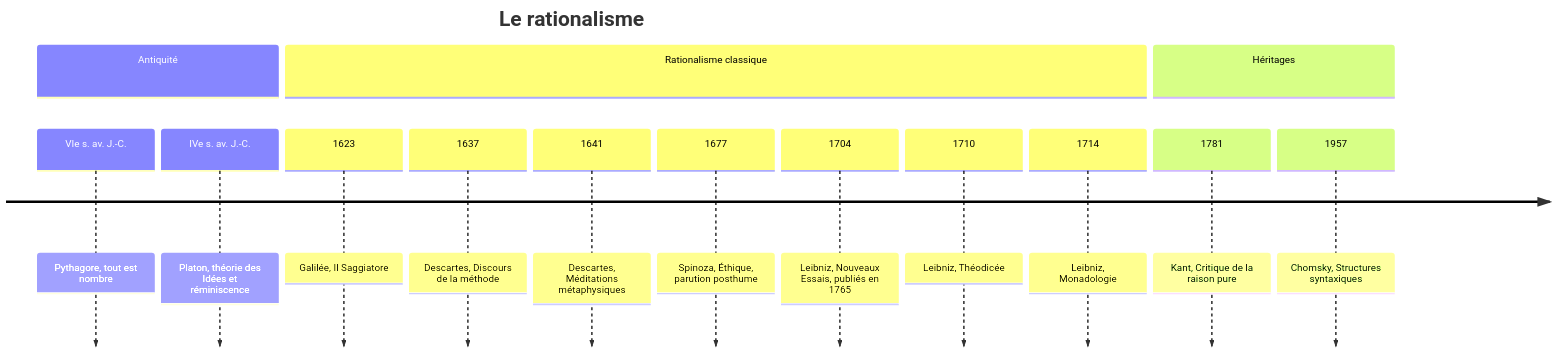
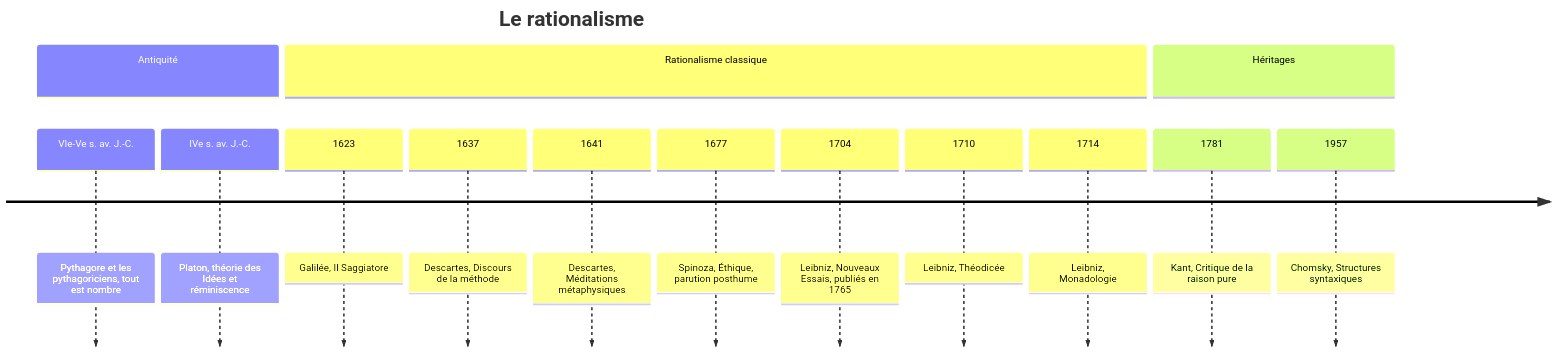
Before and after one commit to rwmicro/pensine: the diagram in Social Sciences/Philosophy/Courants & Écoles/Rationalisme.md, drawn with Mermaid. The commit also changed 1 other file, not shown here.

Commit message:
save: 30/09/2026 — vérification des sources : Renaissance, frise du Rationalisme (2 fichiers)
Claude-Session: https://claude.ai/code/session_012CvykQeWyjhezdWizEoEAN

````diff
--- a/Social Sciences/Philosophy/Courants & Écoles/Rationalisme.md
+++ b/Social Sciences/Philosophy/Courants & Écoles/Rationalisme.md
@@ -24,18 +24,18 @@
 ```mermaid
 timeline
     title Le rationalisme
     section Antiquité
-        VIe s. av. J.-C. : Pythagore, tout est nombre
+        VIe-Ve s. av. J.-C. : Pythagore et les pythagoriciens, tout est nombre
         IVe s. av. J.-C. : Platon, théorie des Idées et réminiscence
     section Rationalisme classique
         1623 : Galilée, Il Saggiatore
         1637 : Descartes, Discours de la méthode
         1641 : Descartes, Méditations métaphysiques
         1677 : Spinoza, Éthique, parution posthume
         1704 : Leibniz, Nouveaux Essais, publiés en 1765
         1710 : Leibniz, Théodicée
         1714 : Leibniz, Monadologie
     section Héritages
         1781 : Kant, Critique de la raison pure
         1957 : Chomsky, Structures syntaxiques
 ```
````
